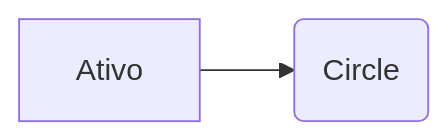
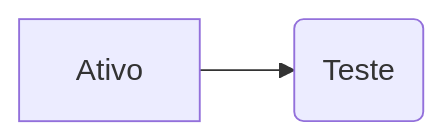
The first of 2 diagrams in docs/Análise FIIs.md (BackFront/trade), drawn with Mermaid before and after one commit. The commit also changed other lines of this file, not shown here.

````diff
--- a/docs/Análise FIIs.md
+++ b/docs/Análise FIIs.md
@@ -20,4 +20,4 @@
 ```mermaid
 graph LR
-A[Ativo] --> B(Circle)
+A[Ativo] --> B(Teste)
 ```
````
